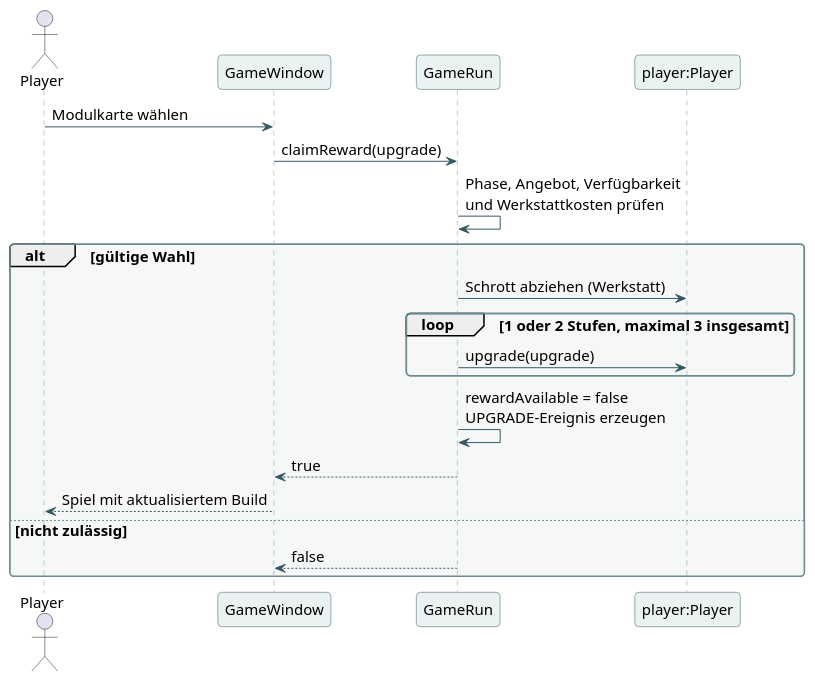
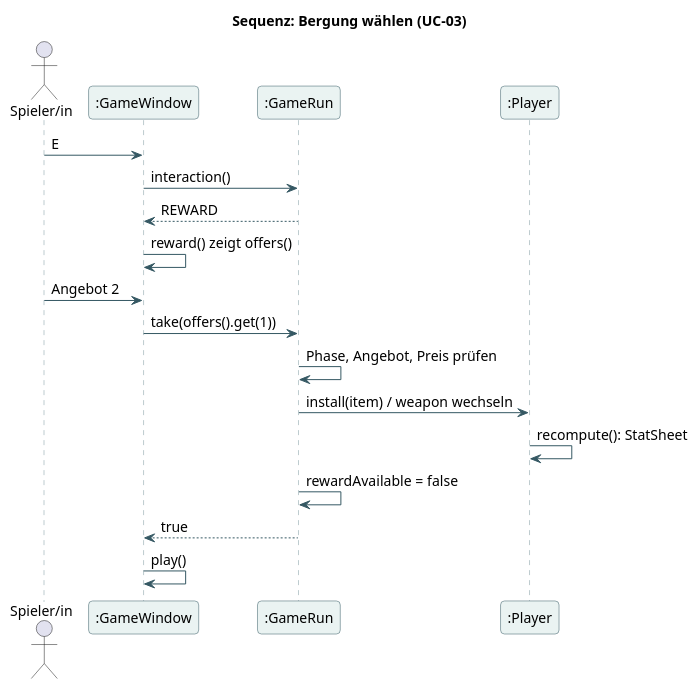
One commit to bassdav2/abyss changed the diagram in docs/diagrams/08-reward-sequence.puml. Above: the diagram before and after it, drawn with PlantUML. The commit also changed 421 other files, not shown here.

```diff
--- a/docs/diagrams/08-reward-sequence.puml
+++ b/docs/diagrams/08-reward-sequence.puml
@@ -1,37 +1,38 @@
 @startuml
 skinparam backgroundColor #FFFFFF
 skinparam defaultFontName Arial
-skinparam defaultFontSize 15
+skinparam defaultFontSize 14
 skinparam shadowing false
 skinparam roundcorner 8
 skinparam ArrowColor #355863
 skinparam classBackgroundColor #EAF3F2
 skinparam classBorderColor #355863
 skinparam participantBackgroundColor #EAF3F2
 skinparam participantBorderColor #355863
 skinparam sequenceLifeLineBorderColor #7A979C
 skinparam noteBackgroundColor #FFF2DA
 skinparam noteBorderColor #D8AA64
 skinparam packageBackgroundColor #F5F8F7
 skinparam packageBorderColor #6E8B91
+skinparam stateBackgroundColor #EAF3F2
+skinparam stateBorderColor #355863
 hide empty members
-actor Player
-participant GameWindow as UI
-participant GameRun as Run
-participant "player:Player" as Character
-Player -> UI : Modulkarte wählen
-UI -> Run : claimReward(upgrade)
-Run -> Run : Phase, Angebot, Verfügbarkeit\nund Werkstattkosten prüfen
-alt gültige Wahl
- Run -> Character : Schrott abziehen (Werkstatt)
- loop 1 oder 2 Stufen, maximal 3 insgesamt
-  Run -> Character : upgrade(upgrade)
- end
- Run -> Run : rewardAvailable = false\nUPGRADE-Ereignis erzeugen
- Run --> UI : true
- UI --> Player : Spiel mit aktualisiertem Build
-else nicht zulässig
- Run --> UI : false
-end
+title Sequenz: Bergung wählen (UC-03)
+actor "Spieler/in" as P
+participant ":GameWindow" as W
+participant ":GameRun" as R
+participant ":Player" as Pl
+P -> W : E
+W -> R : interaction()
+R --> W : REWARD
+W -> W : reward() zeigt offers()
+P -> W : Angebot 2
+W -> R : take(offers().get(1))
+R -> R : Phase, Angebot, Preis prüfen
+R -> Pl : install(item) / weapon wechseln
+Pl -> Pl : recompute(): StatSheet
+R -> R : rewardAvailable = false
+R --> W : true
+W -> W : play()
 
 @enduml
```
